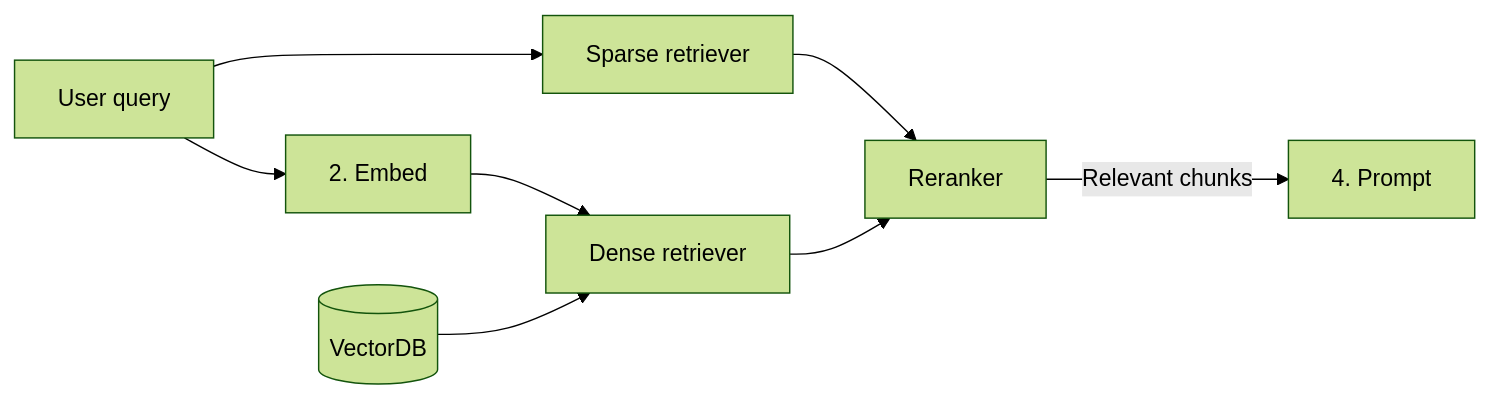
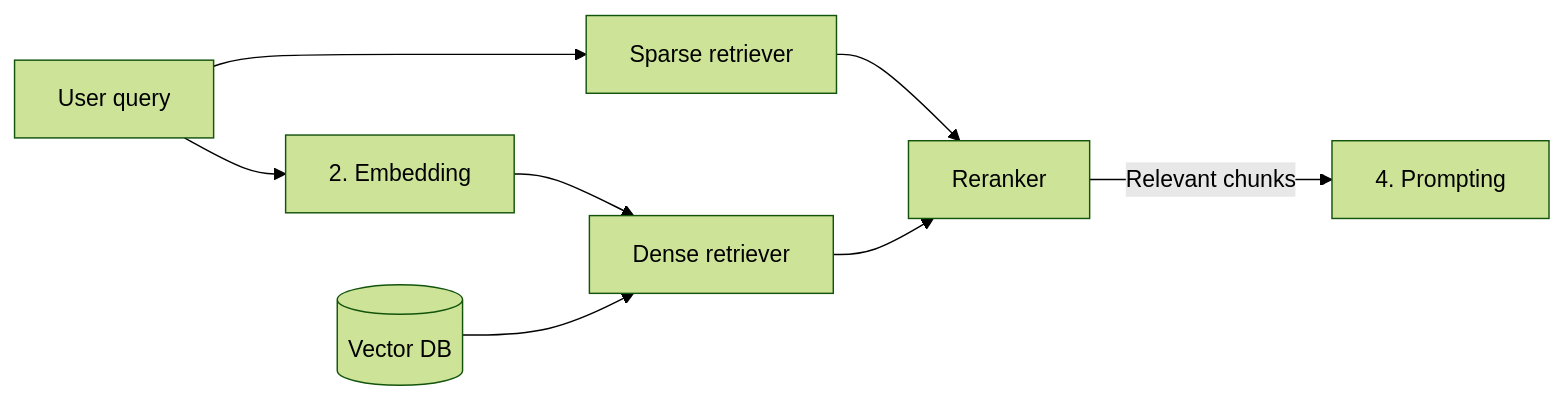
One commit to w4bo/AA2627-unibo-dcai changed the ninth of 24 diagrams in slides/02-rag.qmd. Above: the diagram before and after it, drawn with Mermaid (forest theme). The commit also changed other lines of this file, not shown here.

````diff
--- a/slides/02-rag.qmd
+++ b/slides/02-rag.qmd
@@ -370,11 +449,11 @@
 ```{mermaid}
 %%| echo: false
 flowchart LR
   Q[User query] --> S[Sparse retriever]
-  Q --> E[2. Embed]
+  Q --> E[2. Embedding]
   E --> D[Dense retriever]
   S --> R[Reranker]
   D --> R
-  R -->|Relevant chunks| P[4. Prompt]
-  I[(VectorDB)] --> D
+  R -->|Relevant chunks| P[4. Prompting]
+  I[(Vector DB)] --> D
 ```
````
